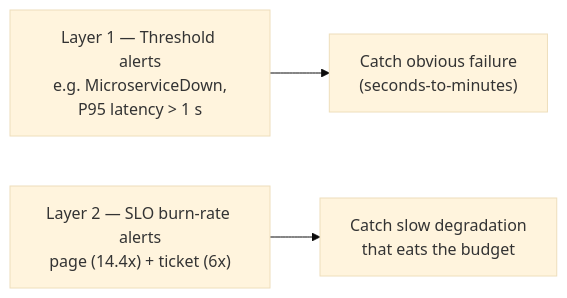
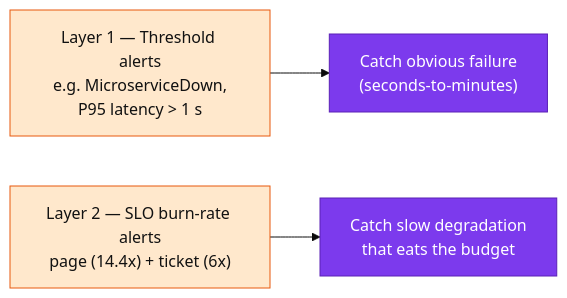
The second of 2 diagrams in docs/observability/slo/fundamentals.md (duynhlab/homelab), drawn with Mermaid (base theme) before and after one commit. The commit also changed other lines of this file and 33 other files, not shown here.

First line of the commit message:
Refresh observability diagrams (#516)

````diff
--- a/docs/observability/slo/fundamentals.md
+++ b/docs/observability/slo/fundamentals.md
@@ -208,5 +215,10 @@
 ```mermaid
 flowchart LR
     L1["Layer 1 — Threshold alerts<br/>e.g. MicroserviceDown,<br/>P95 latency > 1 s"] --> R1["Catch obvious failure<br/>(seconds-to-minutes)"]
     L2["Layer 2 — SLO burn-rate alerts<br/>page (14.4x) + ticket (6x)"] --> R2["Catch slow degradation<br/>that eats the budget"]
+
+    classDef metric fill:#ffe8cc,color:#111,stroke:#e8590c;
+    classDef platform fill:#7c3aed,color:#fff,stroke:#5b21b6;
+    class L1,L2 metric;
+    class R1,R2 platform;
 ```
````
